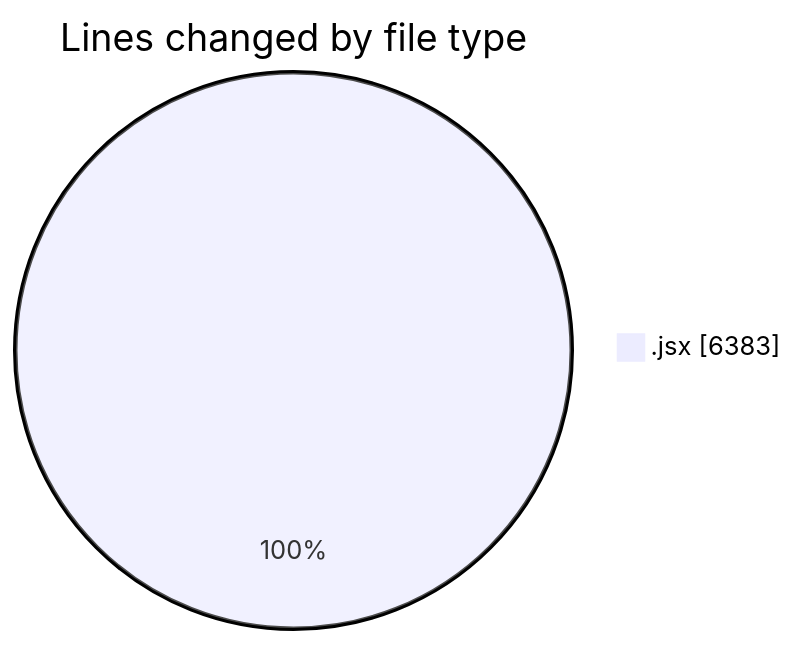
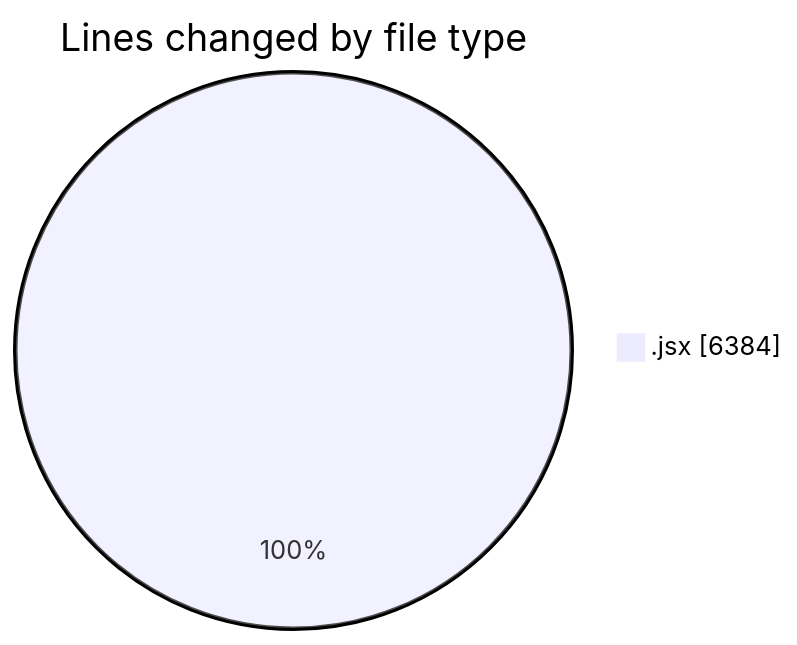
Before and after one commit to nxtqubesakshisongat/code-tracking: the first of 2 diagrams in 2025-05-05/nxtqube_webapp/README.md, drawn with Mermaid. The commit also changed other lines of this file and 1 other file, not shown here.

````diff
--- a/2025-05-05/nxtqube_webapp/README.md
+++ b/2025-05-05/nxtqube_webapp/README.md
@@ -24,5 +24,5 @@
 ```mermaid
 pie showData
 title Lines changed by file type
-".jsx" : 6383
+".jsx" : 6384
 ```
````
